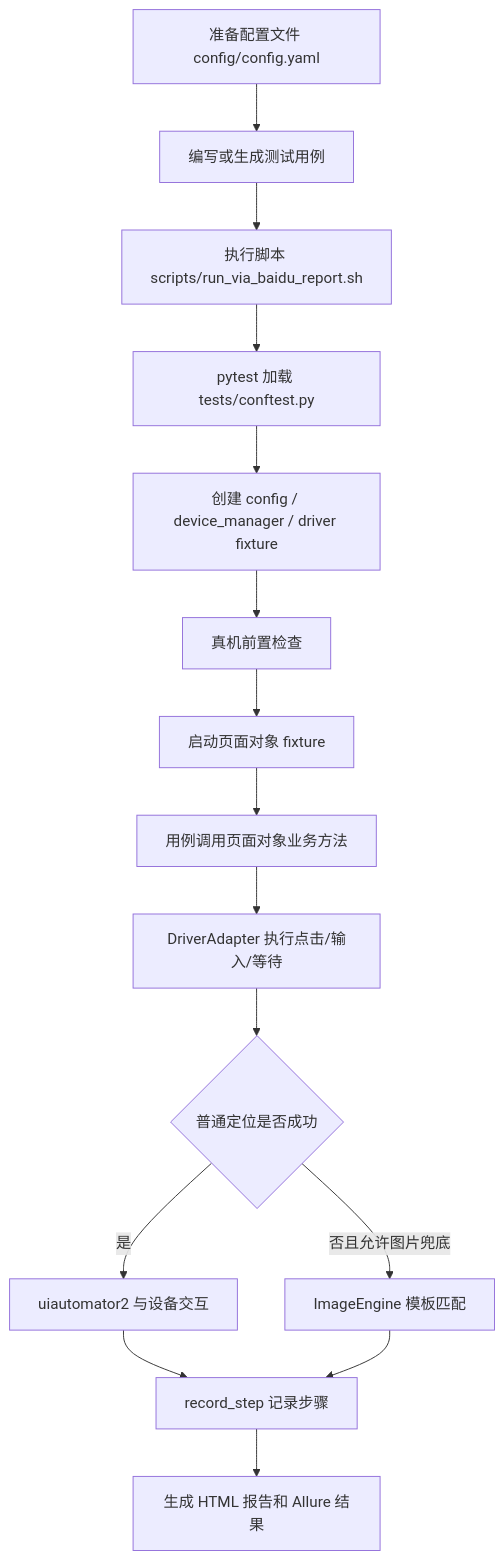
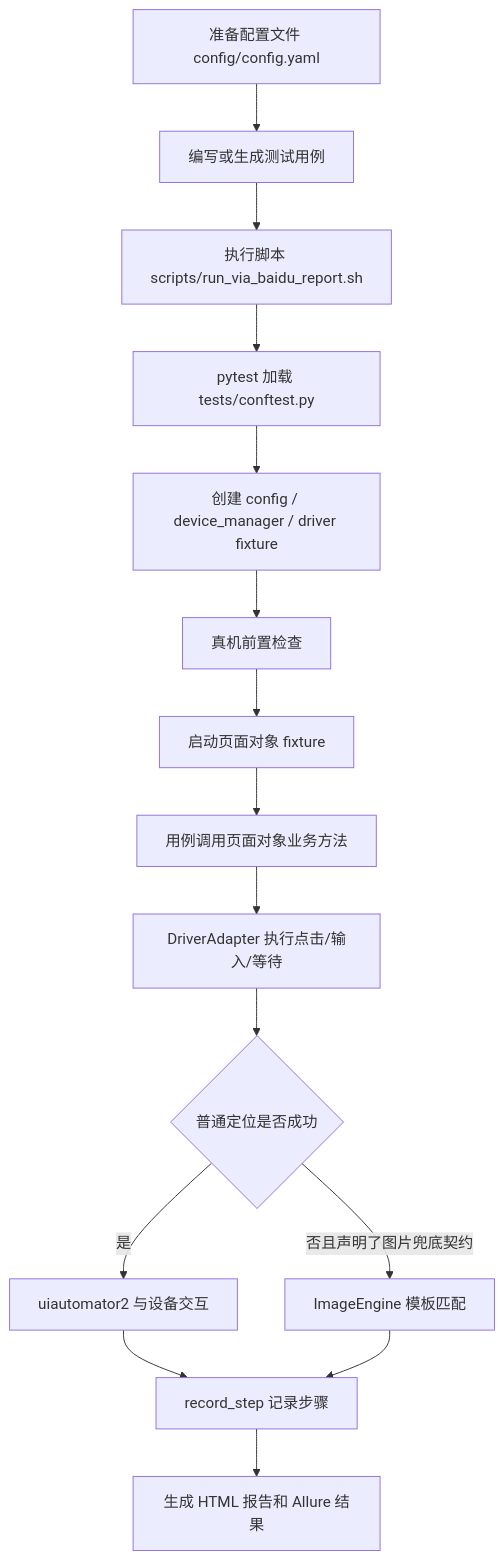
The first of 3 diagrams in docs/framework_flow.md (leaveeeeeee/ai-android-ui-autotest-framework), drawn with Mermaid before and after one commit. The commit also changed other lines of this file and 23 other files, not shown here.

````diff
--- a/docs/framework_flow.md
+++ b/docs/framework_flow.md
@@ -10,17 +10,17 @@
 ```mermaid
 flowchart TD
     A[准备配置文件 config/config.yaml] --> B[编写或生成测试用例]
     B --> C[执行脚本 scripts/run_via_baidu_report.sh]
     C --> D[pytest 加载 tests/conftest.py]
     D --> E[创建 config / device_manager / driver fixture]
     E --> F[真机前置检查]
     F --> G[启动页面对象 fixture]
     G --> H[用例调用页面对象业务方法]
     H --> I[DriverAdapter 执行点击/输入/等待]
     I --> J{普通定位是否成功}
     J -- 是 --> K[uiautomator2 与设备交互]
-    J -- 否且允许图片兜底 --> L[ImageEngine 模板匹配]
+    J -- 否且声明了图片兜底契约 --> L[ImageEngine 模板匹配]
     K --> M[record_step 记录步骤]
     L --> M
     M --> N[生成 HTML 报告和 Allure 结果]
 ```
````
